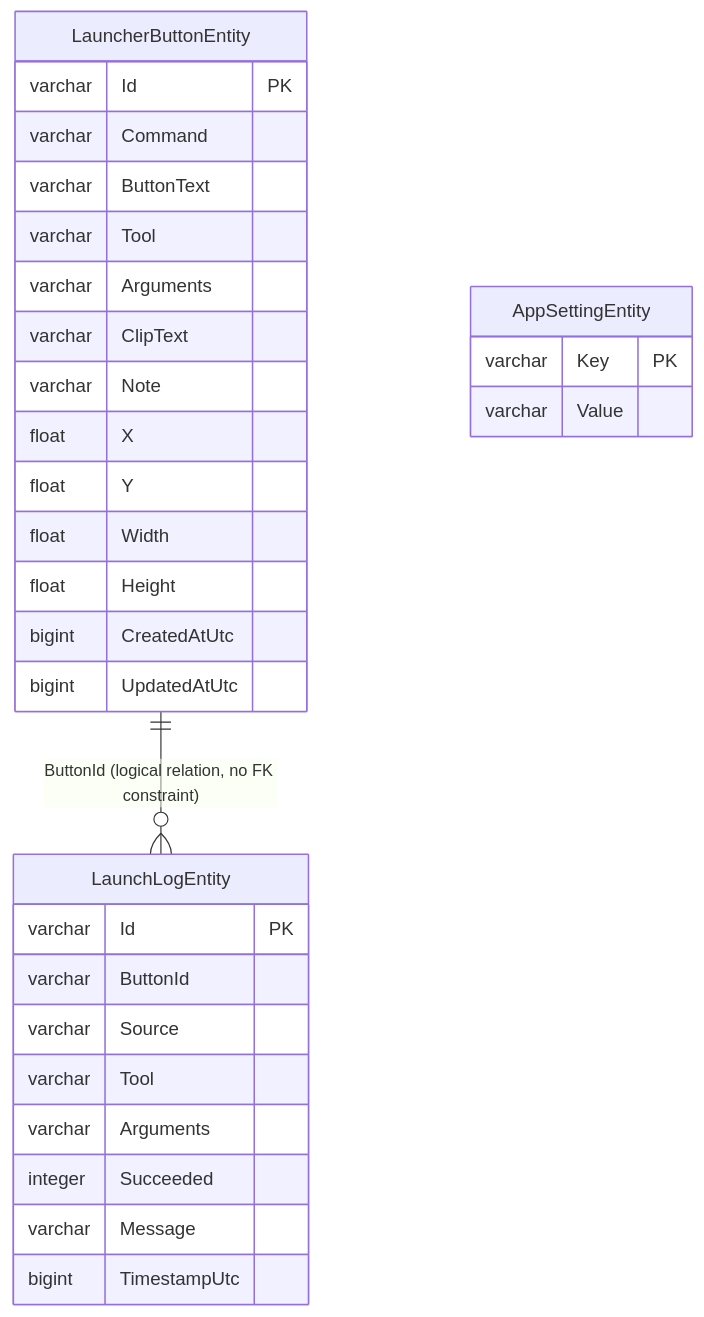
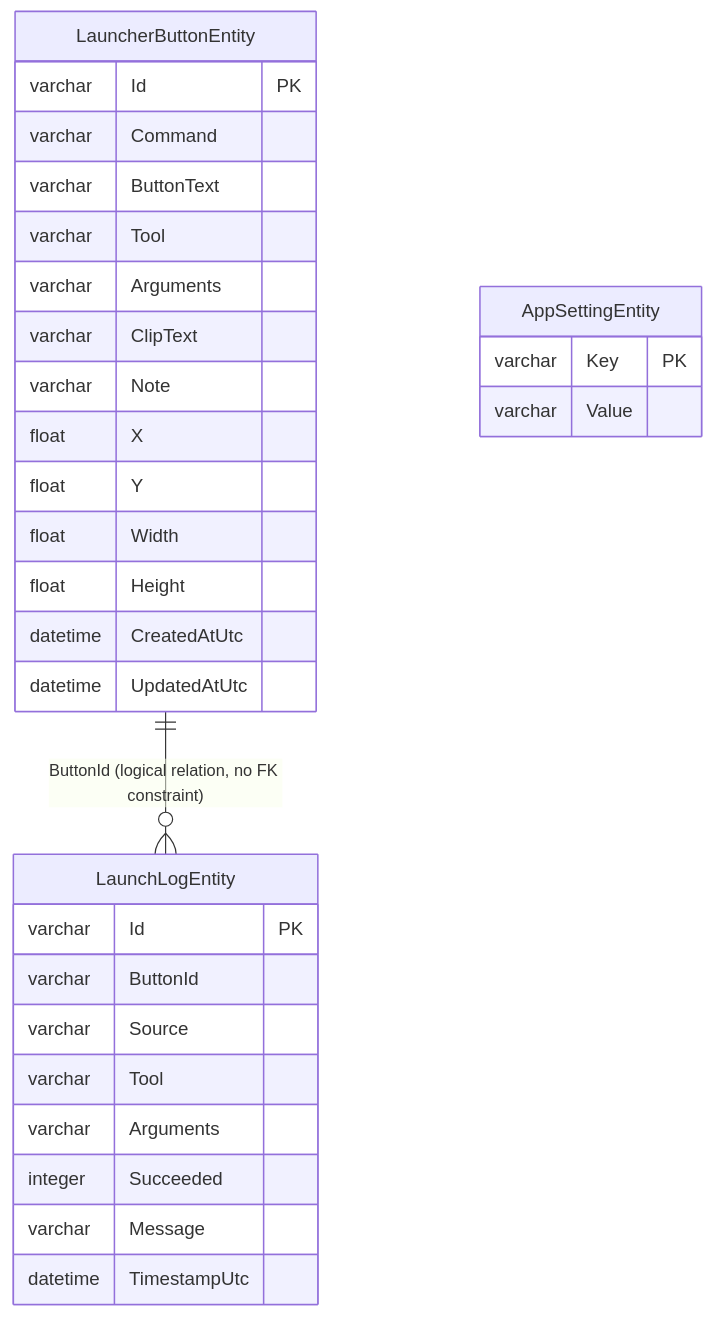
The diagram in docs/DATABASE_SCHEMA.md (Widthdom/Praxis), drawn with Mermaid before and after one commit. The commit also changed other lines of this file and 2 other files, not shown here.

Commit message:
docs: align MVVM wording, test coverage notes, and DB datetime schema docs with implementation

````diff
--- a/docs/DATABASE_SCHEMA.md
+++ b/docs/DATABASE_SCHEMA.md
@@ -26,36 +27,36 @@
 ```mermaid
 erDiagram
     LauncherButtonEntity {
         varchar Id PK
         varchar Command
         varchar ButtonText
         varchar Tool
         varchar Arguments
         varchar ClipText
         varchar Note
         float X
         float Y
         float Width
         float Height
-        bigint CreatedAtUtc
-        bigint UpdatedAtUtc
+        datetime CreatedAtUtc
+        datetime UpdatedAtUtc
     }
 
     LaunchLogEntity {
         varchar Id PK
         varchar ButtonId
         varchar Source
         varchar Tool
         varchar Arguments
         integer Succeeded
         varchar Message
-        bigint TimestampUtc
+        datetime TimestampUtc
     }
 
     AppSettingEntity {
         varchar Key PK
         varchar Value
     }
 
     LauncherButtonEntity ||--o{ LaunchLogEntity : "ButtonId (logical relation, no FK constraint)"
 ```
````
